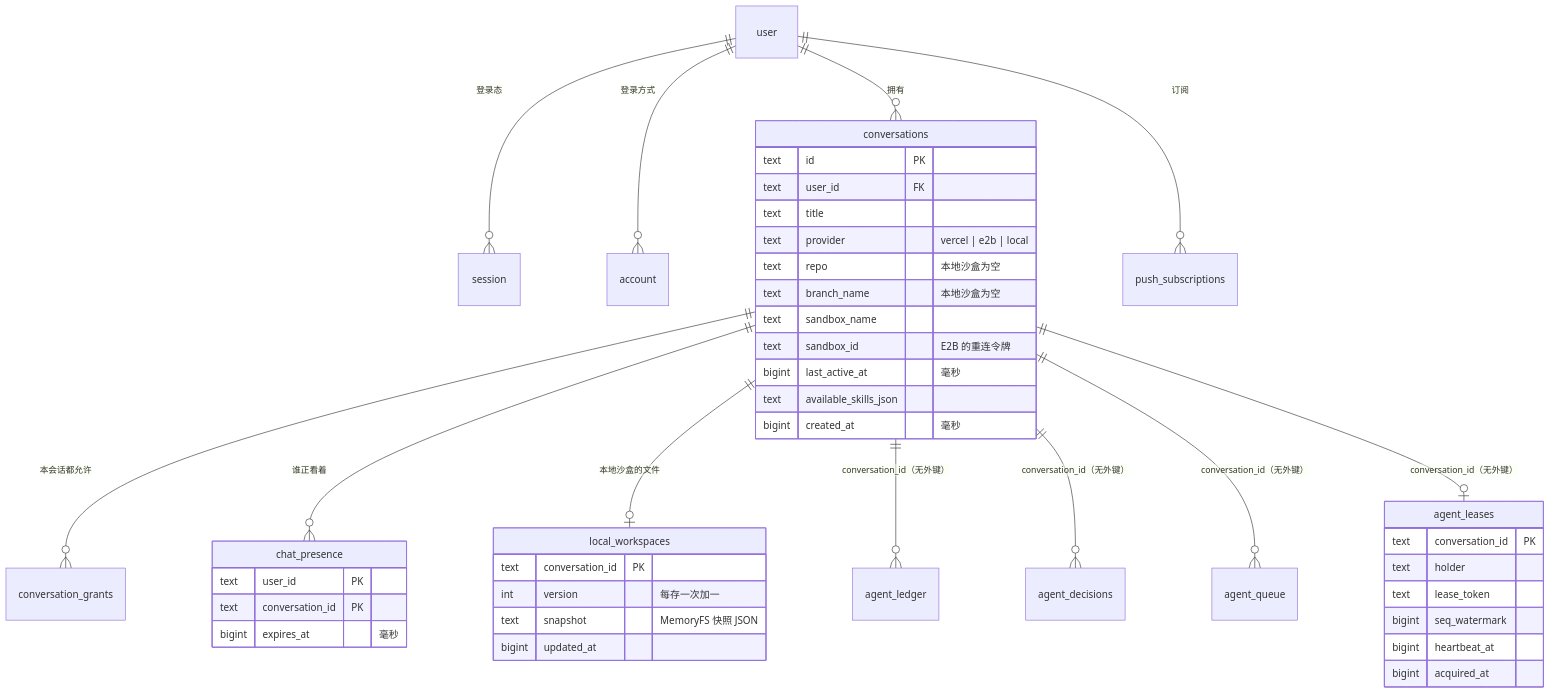
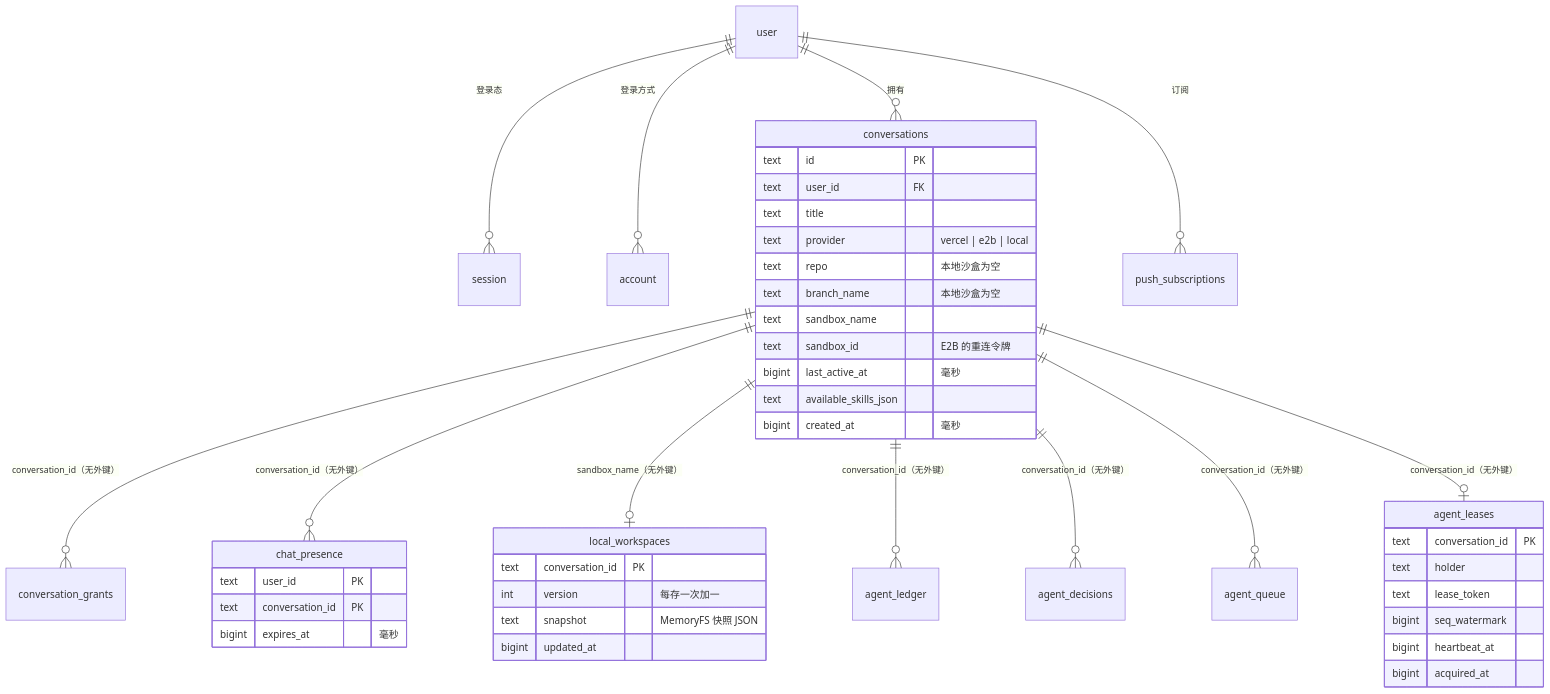
The second of 4 diagrams in docs/ingress/tech/unified-demo.md (ludafa/runko), drawn with Mermaid before and after one commit. The commit also changed other lines of this file and 9 other files, not shown here.

````diff
--- a/docs/ingress/tech/unified-demo.md
+++ b/docs/ingress/tech/unified-demo.md
@@ -62,47 +62,47 @@
 ```mermaid
 erDiagram
   user ||--o{ session : "登录态"
   user ||--o{ account : "登录方式"
   user ||--o{ conversations : "拥有"
   user ||--o{ push_subscriptions : "订阅"
-  conversations ||--o{ conversation_grants : "本会话都允许"
-  conversations ||--o{ chat_presence : "谁正看着"
-  conversations ||--o| local_workspaces : "本地沙盒的文件"
+  conversations ||--o{ conversation_grants : "conversation_id（无外键）"
+  conversations ||--o{ chat_presence : "conversation_id（无外键）"
+  conversations ||--o| local_workspaces : "sandbox_name（无外键）"
   conversations ||--o{ agent_ledger : "conversation_id（无外键）"
   conversations ||--o{ agent_decisions : "conversation_id（无外键）"
   conversations ||--o{ agent_queue : "conversation_id（无外键）"
   conversations ||--o| agent_leases : "conversation_id（无外键）"
 
   conversations {
     text id PK
     text user_id FK
     text title
     text provider "vercel | e2b | local"
     text repo "本地沙盒为空"
     text branch_name "本地沙盒为空"
     text sandbox_name
     text sandbox_id "E2B 的重连令牌"
     bigint last_active_at "毫秒"
     text available_skills_json
     bigint created_at "毫秒"
   }
   chat_presence {
     text user_id PK
     text conversation_id PK
     bigint expires_at "毫秒"
   }
   local_workspaces {
     text conversation_id PK
     int version "每存一次加一"
     text snapshot "MemoryFS 快照 JSON"
     bigint updated_at
   }
   agent_leases {
     text conversation_id PK
     text holder
     text lease_token
     bigint seq_watermark
     bigint heartbeat_at
     bigint acquired_at
   }
 ```
````
